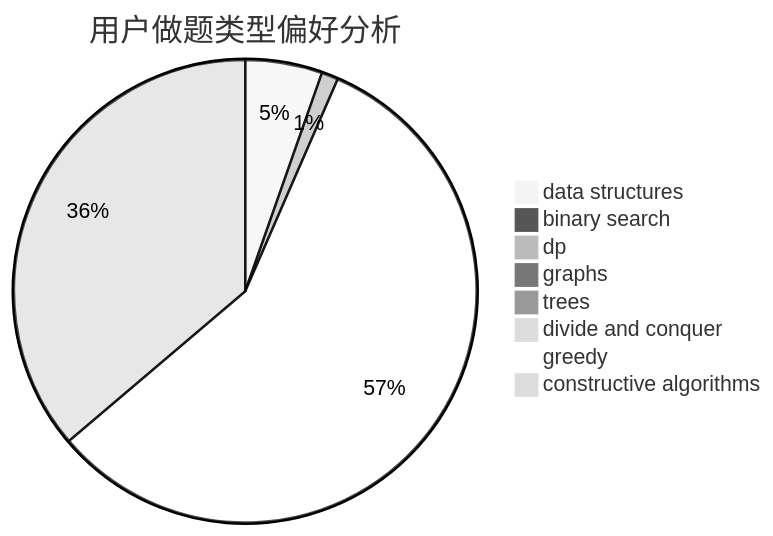
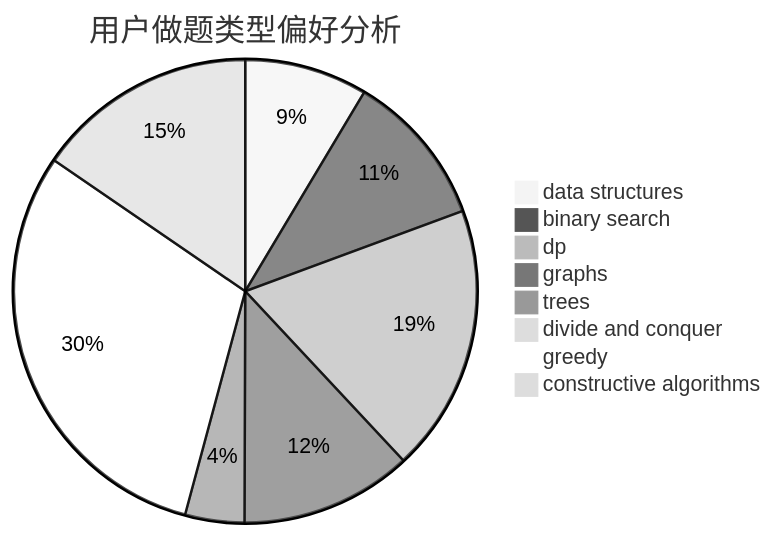
One commit to sherpahu/cfrs.github.io changed the second of 3 diagrams in docs/user/u860.md. Above: the diagram before and after it, drawn with Mermaid (neutral theme). The commit also changed other lines of this file and 2770 other files, not shown here.

````diff
--- a/docs/user/u860.md
+++ b/docs/user/u860.md
@@ -23,11 +23,11 @@
 ```mermaid
 pie title 用户做题类型偏好分析
-    "data structures" :  60
-    "binary search" :  5
-    "dp" :  13
-    "graphs" :  4
-    "trees" :  0
-    "divide and conquer" :  0
-    "greedy" :  639
-    "constructive algorithms" :  404
+    "data structures" :  85
+    "binary search" :  107
+    "dp" :  185
+    "graphs" :  119
+    "trees" :  41
+    "divide and conquer" :  2
+    "greedy" :  301
+    "constructive algorithms" :  153
 ```
````
